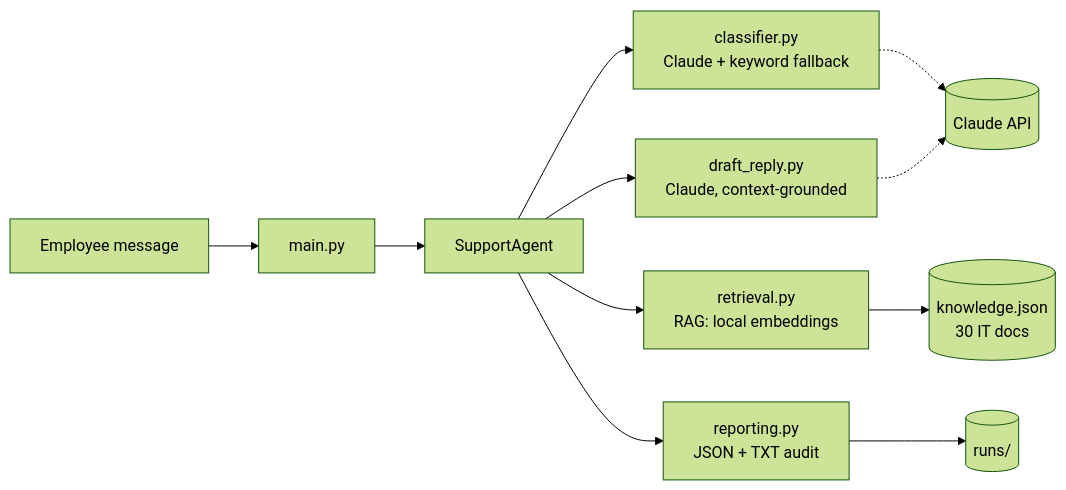
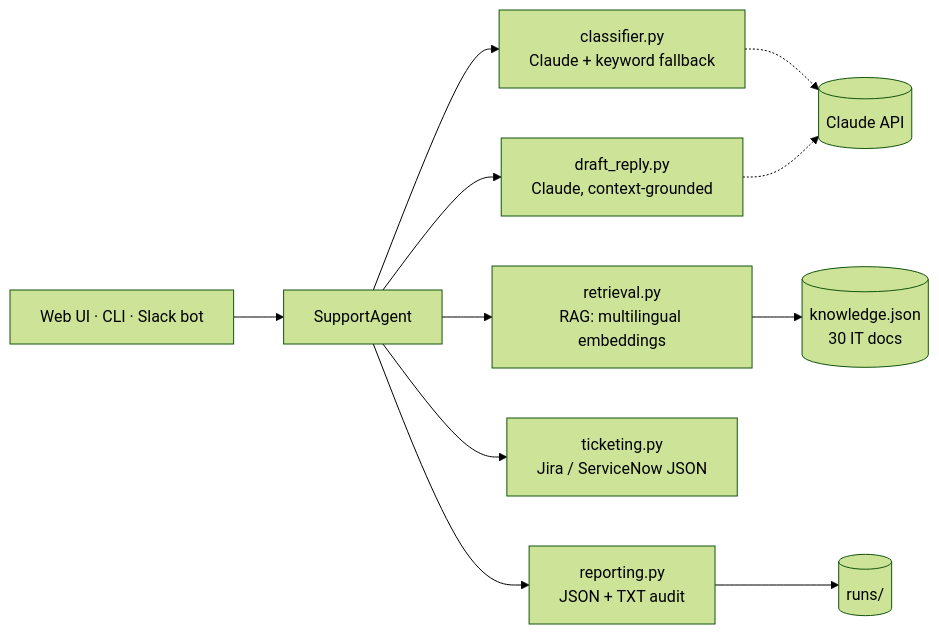
One commit to Mushyl/it-helpdesk-agent changed the diagram in README.md. Above: the diagram before and after it, drawn with Mermaid (forest theme). The commit also changed other lines of this file, not shown here.

Commit message:
docs: document Slack bot and Jira/ServiceNow ticket export

````diff
--- a/README.md
+++ b/README.md
@@ -43,13 +44,13 @@
 ```mermaid
 flowchart LR
-    U[Employee message] --> M[main.py]
-    M --> A[SupportAgent]
+    W[Web UI · CLI · Slack bot] --> A[SupportAgent]
     A --> C[classifier.py<br/>Claude + keyword fallback]
-    A --> R[retrieval.py<br/>RAG: local embeddings]
+    A --> R[retrieval.py<br/>RAG: multilingual embeddings]
     A --> D[draft_reply.py<br/>Claude, context-grounded]
+    A --> T[ticketing.py<br/>Jira / ServiceNow JSON]
     A --> P[reporting.py<br/>JSON + TXT audit]
     C -.-> CL[(Claude API)]
     D -.-> CL
     R --> KB[(knowledge.json<br/>30 IT docs)]
     P --> RUNS[(runs/)]
 ```
````
